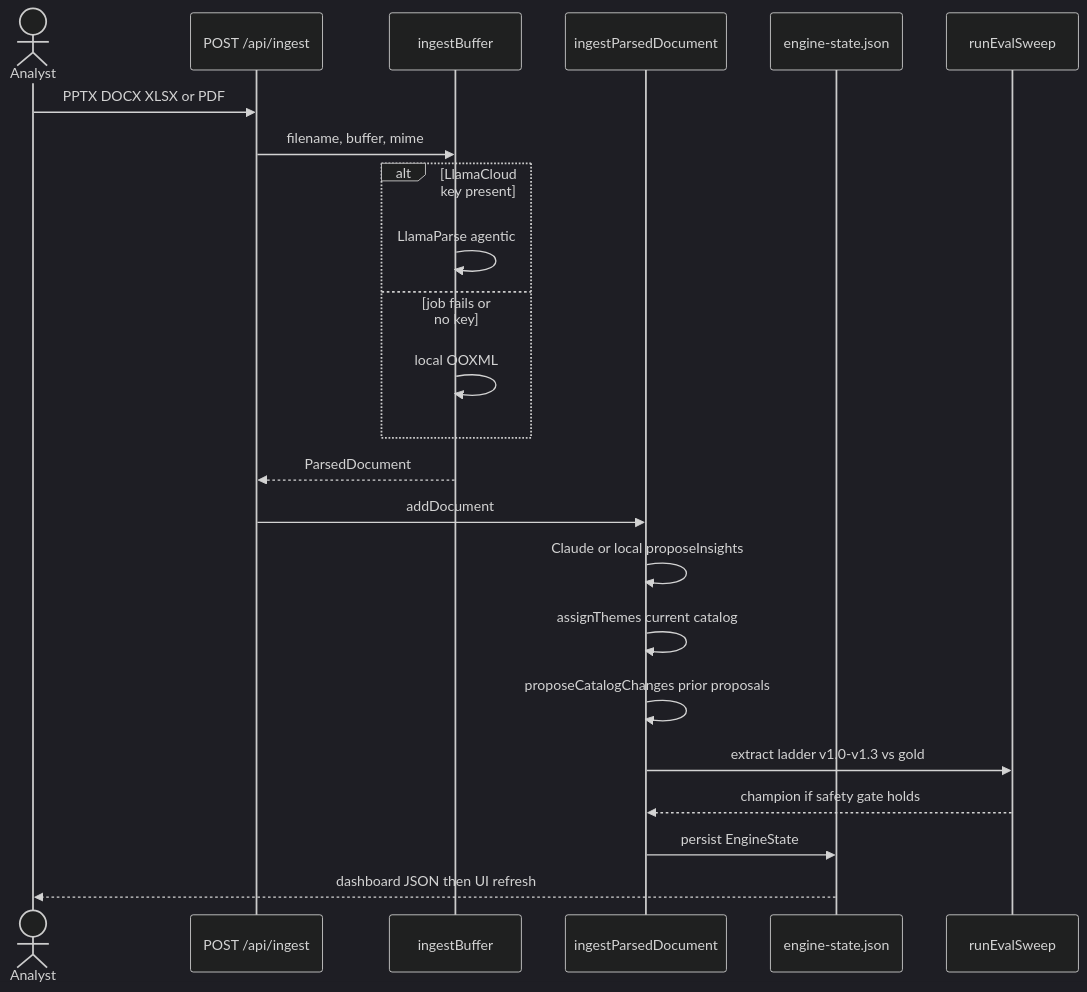
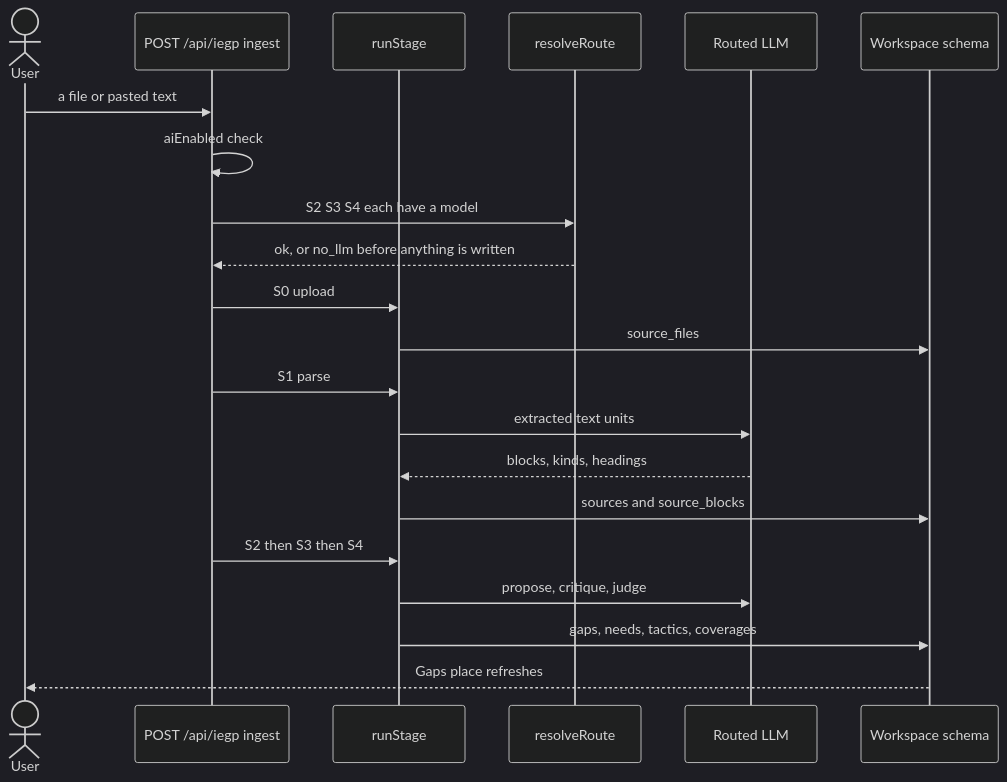
Before and after one commit to Shashb21/synapse: the second of 2 diagrams in docs/sdlc/10-flow-technical.md, drawn with Mermaid (dark theme). The commit also changed other lines of this file and 10 other files, not shown here.

First line of the commit message:
KAN-21: sdlc architecture, process and flows describe the current product

````diff
--- a/docs/sdlc/10-flow-technical.md
+++ b/docs/sdlc/10-flow-technical.md
@@ -94,26 +54,24 @@
 ```mermaid
 sequenceDiagram
-  actor Analyst
-  participant Ingest as POST /api/ingest
-  participant Parse as ingestBuffer
-  participant Pipe as ingestParsedDocument
-  participant Store as engine-state.json
-  participant Eval as runEvalSweep
+  actor User
+  participant API as POST /api/iegp ingest
+  participant Kernel as runStage
+  participant Route as resolveRoute
+  participant LLM as Routed LLM
+  participant DB as Workspace schema
 
-  Analyst->>Ingest: PPTX DOCX XLSX or PDF
-  Ingest->>Parse: filename, buffer, mime
-  alt LlamaCloud key present
-    Parse->>Parse: LlamaParse agentic
-  else job fails or no key
-    Parse->>Parse: local OOXML
-  end
-  Parse-->>Ingest: ParsedDocument
-  Ingest->>Pipe: addDocument
-  Pipe->>Pipe: Claude or local proposeInsights
-  Pipe->>Pipe: assignThemes current catalog
-  Pipe->>Pipe: proposeCatalogChanges prior proposals
-  Pipe->>Eval: extract ladder v1.0-v1.3 vs gold
-  Eval-->>Pipe: champion if safety gate holds
-  Pipe->>Store: persist EngineState
-  Store-->>Analyst: dashboard JSON then UI refresh
+  User->>API: a file or pasted text
+  API->>API: aiEnabled check
+  API->>Route: S2 S3 S4 each have a model
+  Route-->>API: ok, or no_llm before anything is written
+  API->>Kernel: S0 upload
+  Kernel->>DB: source_files
+  API->>Kernel: S1 parse
+  Kernel->>LLM: extracted text units
+  LLM-->>Kernel: blocks, kinds, headings
+  Kernel->>DB: sources and source_blocks
+  API->>Kernel: S2 then S3 then S4
+  Kernel->>LLM: propose, critique, judge
+  Kernel->>DB: gaps, needs, tactics, coverages
+  DB-->>User: Gaps place refreshes
 ```
````
